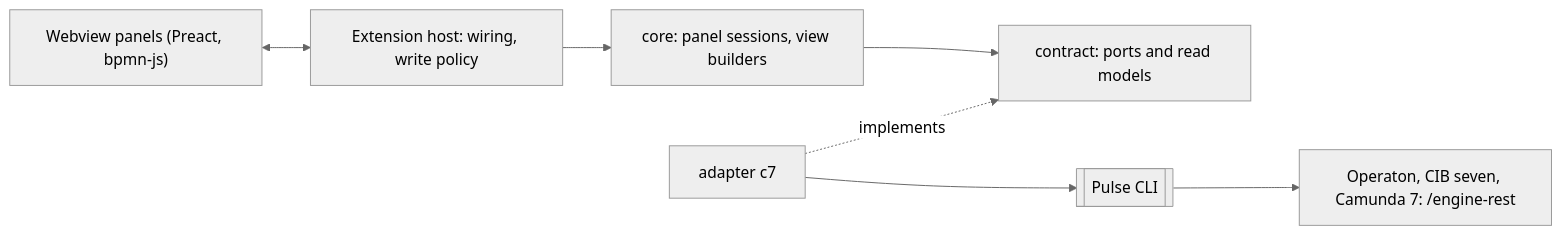
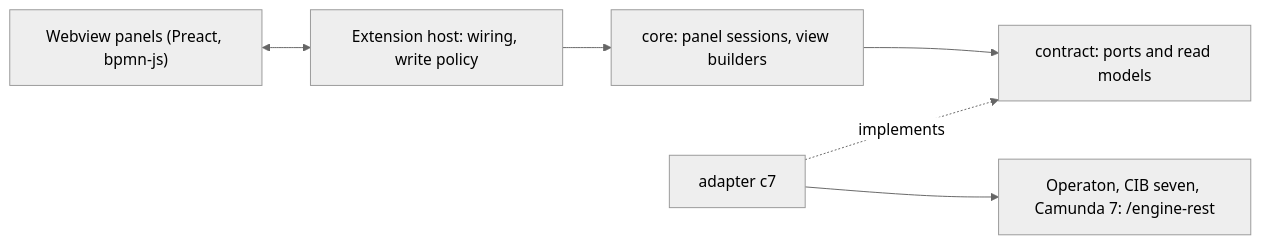
Before and after one commit to Miragon/pulse: the diagram in docs/vscode/architecture.md, drawn with Mermaid (neutral theme). The commit also changed other lines of this file and 268 other files, not shown here.

````diff
--- a/docs/vscode/architecture.md
+++ b/docs/vscode/architecture.md
@@ -7,8 +7,8 @@
 ```mermaid
 flowchart LR
   webview["Webview panels (Preact, bpmn-js)"] <--> host["Extension host: wiring, write policy"]
   host --> core["core: panel sessions, view builders"]
   core --> contract["contract: ports and read models"]
   c7["adapter c7"] -. implements .-> contract
-  c7 --> cli[["Pulse CLI"]] --> engines["Operaton, CIB seven, Camunda 7: /engine-rest"]
+  c7 --> engines["Operaton, CIB seven, Camunda 7: /engine-rest"]
 ```
````
